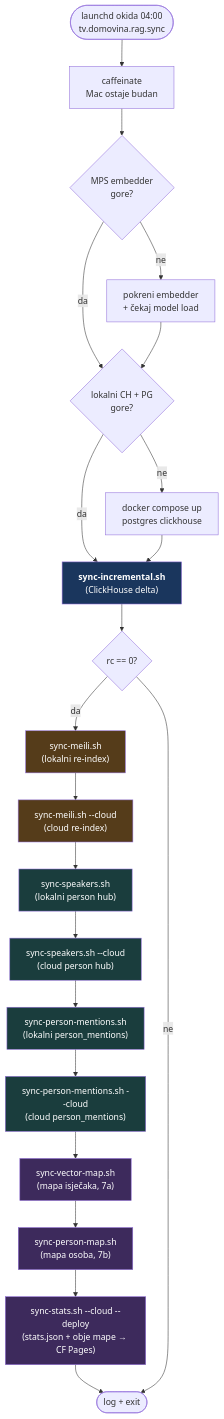
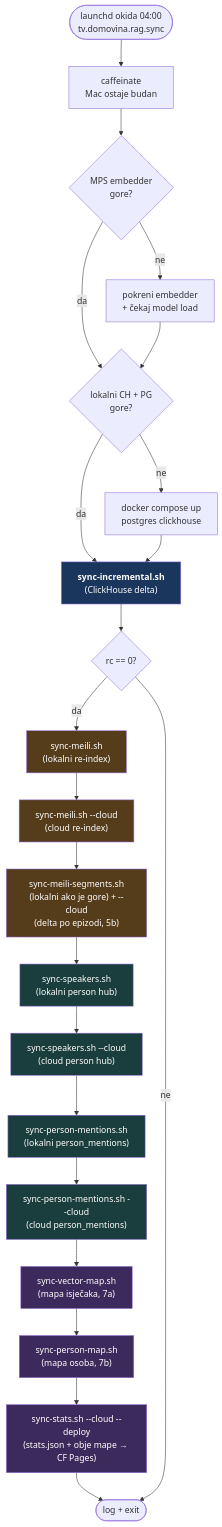
One commit to domovinatv/domovina-rag changed the second of 8 diagrams in docs/data-refresh-flow.md. Above: the diagram before and after it, drawn with Mermaid. The commit also changed other lines of this file and 16 other files, not shown here.

First line of the commit message:
feat(mcp): find_in_transcript nad Meili indexom segments (točna sekunda)

````diff
--- a/docs/data-refresh-flow.md
+++ b/docs/data-refresh-flow.md
@@ -72,35 +72,37 @@
 ```mermaid
 flowchart TD
     START(["launchd okida 04:00<br/>tv.domovina.rag.sync"]) --> CAF[caffeinate<br/>Mac ostaje budan]
     CAF --> CHKEMB{MPS embedder<br/>gore?}
     CHKEMB -- ne --> STARTEMB[pokreni embedder<br/>+ čekaj model load]
     CHKEMB -- da --> CHKDB
     STARTEMB --> CHKDB{lokalni CH + PG<br/>gore?}
     CHKDB -- ne --> STARTDB[docker compose up<br/>postgres clickhouse]
     CHKDB -- da --> SYNC
     STARTDB --> SYNC
 
     SYNC["<b>sync-incremental.sh</b><br/>(ClickHouse delta)"] --> RC{rc == 0?}
     RC -- da --> MEILILOCAL["sync-meili.sh<br/>(lokalni re-index)"]
     MEILILOCAL --> MEILICLOUD["sync-meili.sh --cloud<br/>(cloud re-index)"]
-    MEILICLOUD --> SPKLOCAL["sync-speakers.sh<br/>(lokalni person hub)"]
+    MEILICLOUD --> SEG["sync-meili-segments.sh<br/>(lokalni ako je gore) + --cloud<br/>(delta po epizodi, 5b)"]
+    SEG --> SPKLOCAL["sync-speakers.sh<br/>(lokalni person hub)"]
     SPKLOCAL --> SPKCLOUD["sync-speakers.sh --cloud<br/>(cloud person hub)"]
     SPKCLOUD --> PMLOCAL["sync-person-mentions.sh<br/>(lokalni person_mentions)"]
     PMLOCAL --> PMCLOUD["sync-person-mentions.sh --cloud<br/>(cloud person_mentions)"]
     PMCLOUD --> VMAP["sync-vector-map.sh<br/>(mapa isječaka, 7a)"]
     VMAP --> PMAP["sync-person-map.sh<br/>(mapa osoba, 7b)"]
     PMAP --> STATS["sync-stats.sh --cloud --deploy<br/>(stats.json + obje mape → CF Pages)"]
     STATS --> DONE(["log + exit"])
     RC -- ne --> DONE
 
     style SYNC fill:#1a365d,color:#fff
     style MEILILOCAL fill:#553c1a,color:#fff
     style MEILICLOUD fill:#553c1a,color:#fff
+    style SEG fill:#553c1a,color:#fff
     style SPKLOCAL fill:#1a3d3d,color:#fff
     style SPKCLOUD fill:#1a3d3d,color:#fff
     style PMLOCAL fill:#1a3d3d,color:#fff
     style PMCLOUD fill:#1a3d3d,color:#fff
     style VMAP fill:#3d2a5c,color:#fff
     style PMAP fill:#3d2a5c,color:#fff
     style STATS fill:#3d2a5c,color:#fff
 ```
````
